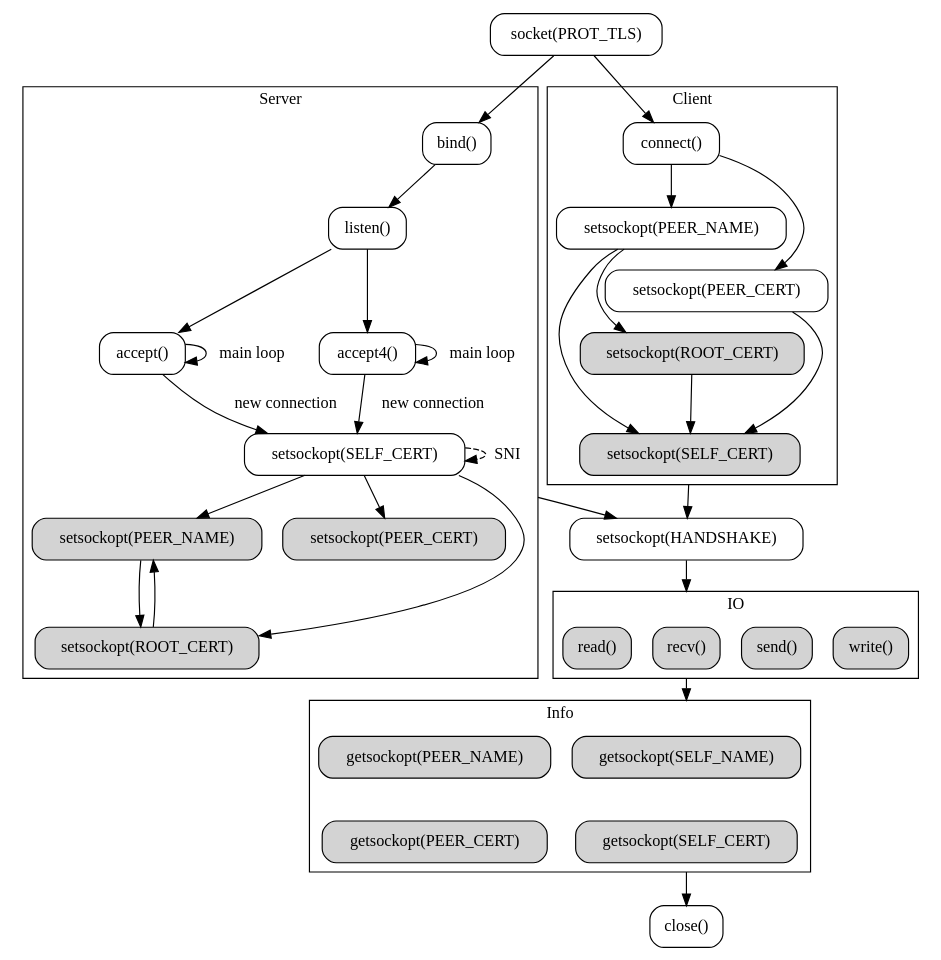
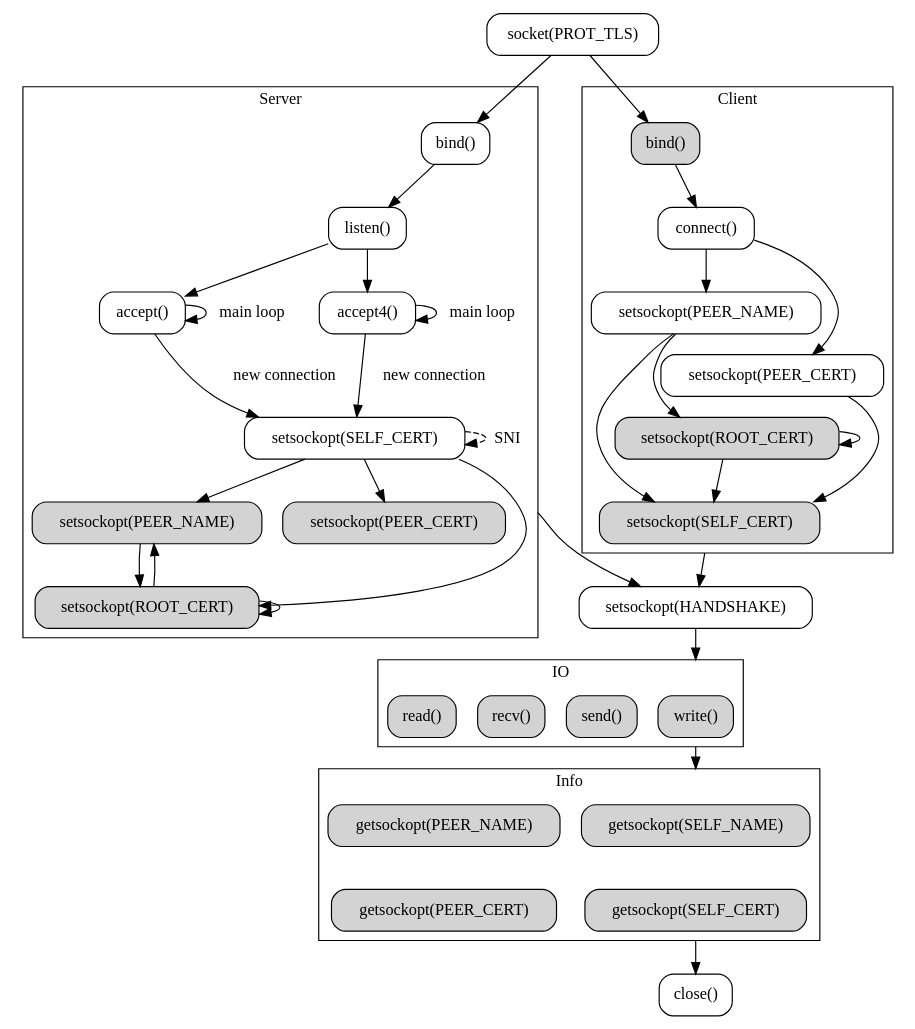
One commit to enarx-archive/tlssock changed the diagram in workflow.dot. Above: the diagram before and after it, drawn with Graphviz. The commit also changed 6 other files, not shown here.

```diff
--- a/workflow.dot
+++ b/workflow.dot
@@ -1,81 +1,88 @@
 digraph Workflow {
   compound=true;
   node [style=rounded, shape=box];
 
   subgraph cluster_info {
     node [style="rounded,filled", shape=box];
     edge [style=invis];
     label=Info;
 
     "getsockopt(SELF_NAME)" -> "getsockopt(SELF_CERT)";
     "getsockopt(PEER_NAME)" -> "getsockopt(PEER_CERT)";
   }
 
   subgraph cluster_io {
     node [style="rounded,filled", shape=box];
     label=IO;
 
     "write()";
     "send()";
     "recv()";
     "read()";
   }
 
   subgraph cluster_srv {
     label=Server;
 
+    srv_bind [label="bind()"];
     srv_self_cert [label="setsockopt(SELF_CERT)"];
     srv_peer_name [label="setsockopt(PEER_NAME)",style="rounded,filled"];
     srv_peer_cert [label="setsockopt(PEER_CERT)",style="rounded,filled"];
     srv_root_cert [label="setsockopt(ROOT_CERT)",style="rounded,filled"];
 
-    "bind()" -> "listen()";
+    srv_bind -> "listen()";
 
     "listen()" -> "accept()";
     "accept()" -> "accept()" [label=" main loop "];
     "accept()" -> srv_self_cert [label=" new connection "];
 
     "listen()" -> "accept4()";
     "accept4()" -> "accept4()" [label=" main loop "];
     "accept4()" -> srv_self_cert [label=" new connection "];
 
     srv_self_cert -> srv_self_cert [label=" SNI ", style=dashed];
 
     srv_self_cert -> srv_peer_name;
     srv_self_cert -> srv_peer_cert;
     srv_self_cert -> srv_root_cert;
 
     srv_peer_name -> srv_root_cert;
     srv_root_cert -> srv_peer_name;
+
+    srv_root_cert -> srv_root_cert;
   }
 
   subgraph cluster_clt {
     label=Client;
 
+    clt_bind [label="bind()",style="rounded,filled"];
     clt_peer_name [label="setsockopt(PEER_NAME)"];
     clt_peer_cert [label="setsockopt(PEER_CERT)"];
     clt_self_cert [label="setsockopt(SELF_CERT)",style="rounded,filled"];
     clt_root_cert [label="setsockopt(ROOT_CERT)",style="rounded,filled"];
 
+    clt_bind -> "connect()";
     "connect()" -> clt_peer_cert;
     clt_peer_cert -> clt_self_cert;
 
     "connect()" -> clt_peer_name;
     clt_peer_name -> clt_root_cert;
     clt_peer_name -> clt_self_cert;
     clt_root_cert -> clt_self_cert;
+
+    clt_root_cert -> clt_root_cert;
   }
 
-  "socket(PROT_TLS)" -> "bind()";
-  "socket(PROT_TLS)" -> "connect()";
+  "socket(PROT_TLS)" -> srv_bind;
+  "socket(PROT_TLS)" -> clt_bind;
 
   srv_self_cert -> "setsockopt(HANDSHAKE)" [ltail=cluster_srv];
   clt_self_cert -> "setsockopt(HANDSHAKE)" [ltail=cluster_clt];
 
 
-  "setsockopt(HANDSHAKE)" -> "recv()" [lhead=cluster_io];
+  "setsockopt(HANDSHAKE)" -> "write()" [lhead=cluster_io];
 
-  "recv()" -> "getsockopt(SELF_NAME)" [ltail=cluster_io,lhead=cluster_info];
+  "write()" -> "getsockopt(SELF_NAME)" [ltail=cluster_io,lhead=cluster_info];
 
   "getsockopt(SELF_CERT)" -> "close()" [ltail=cluster_info];
 }
```
